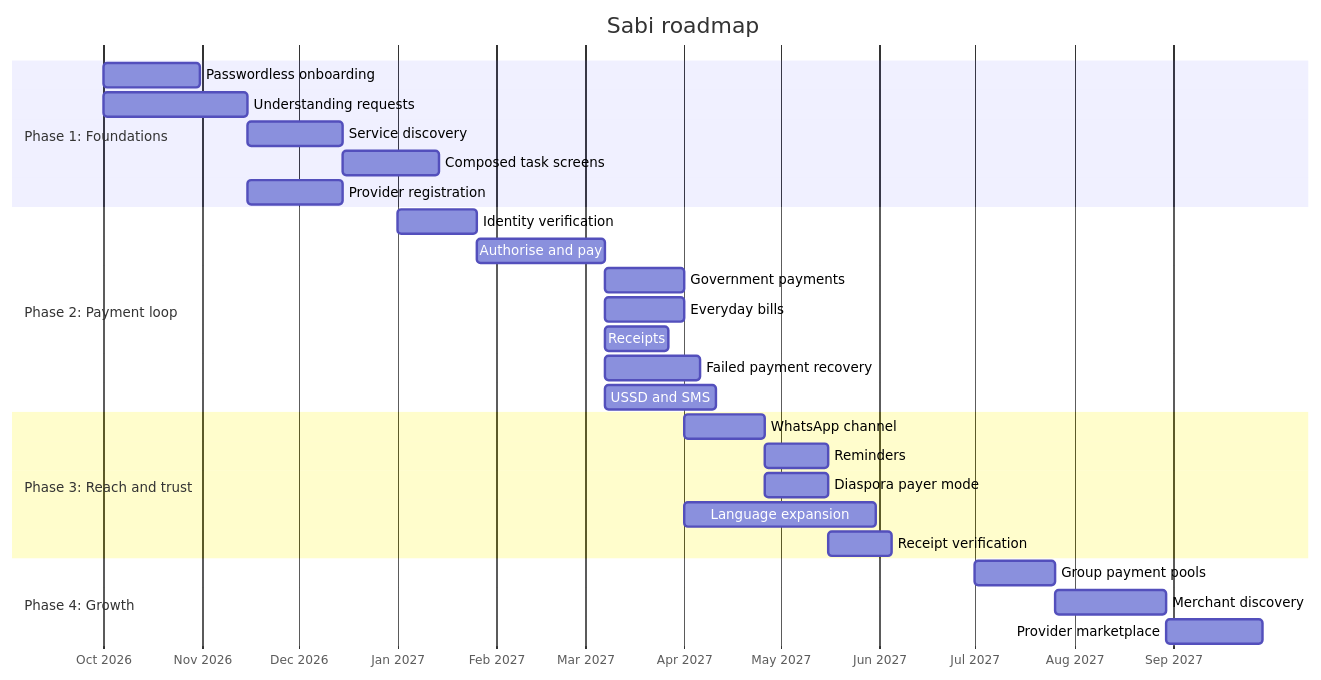
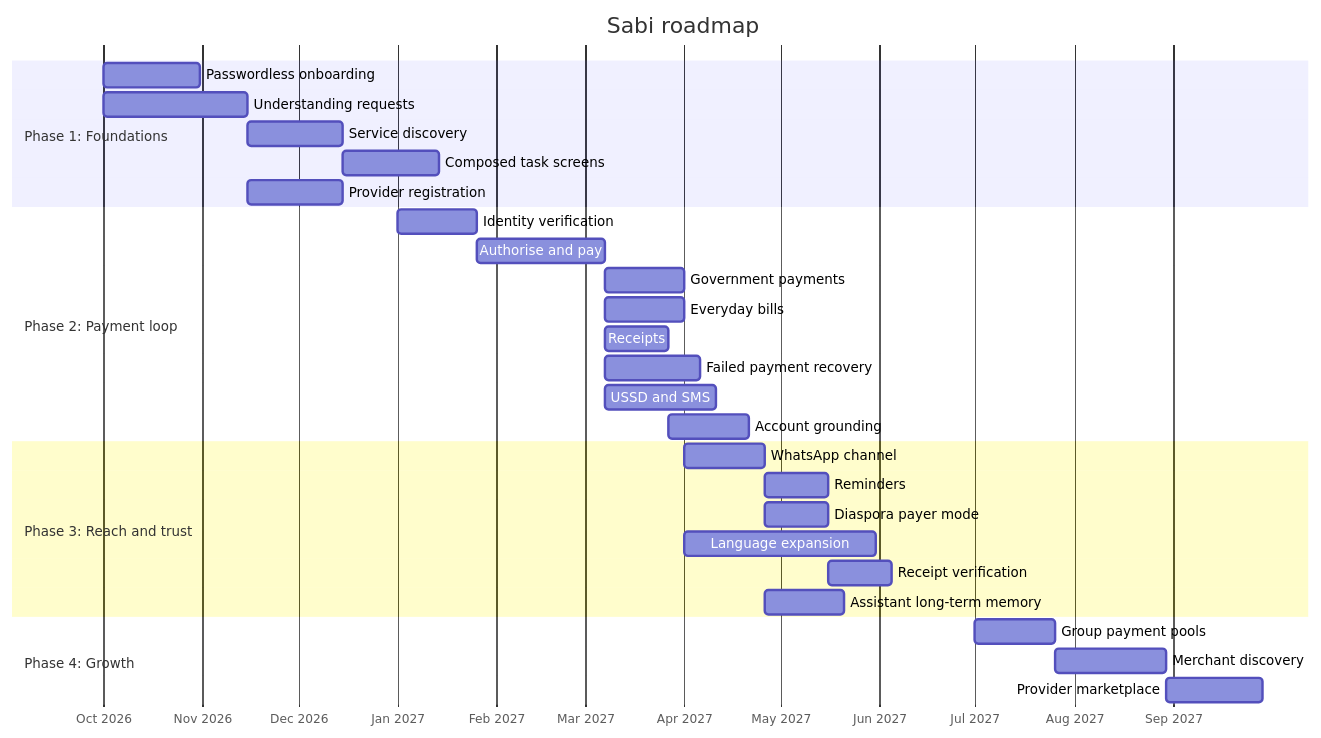
Before and after one commit to vanguard-op/sabi-docs: the diagram in Sabi/roadmap.md, drawn with Mermaid. The commit also changed other lines of this file and 4 other files, not shown here.

First line of the commit message:
feat(sabi): specify assistant account grounding and long-term memory

````diff
--- a/Sabi/roadmap.md
+++ b/Sabi/roadmap.md
@@ -9,30 +9,32 @@
 ```mermaid
 gantt
     title Sabi roadmap
     dateFormat  YYYY-MM-DD
     axisFormat  %b %Y
     section Phase 1: Foundations
     Passwordless onboarding      :f001, 2026-10-01, 30d
     Understanding requests       :f003, 2026-10-01, 45d
     Service discovery            :f004, after f003, 30d
     Composed task screens        :f011, after f004, 30d
     Provider registration        :f012, after f003, 30d
     section Phase 2: Payment loop
     Identity verification        :f002, 2027-01-01, 25d
     Authorise and pay            :f005, after f002, 40d
     Government payments          :f006, after f005, 25d
     Everyday bills               :f007, after f005, 25d
     Receipts                     :f008, after f005, 20d
     Failed payment recovery      :f009, after f005, 30d
     USSD and SMS                 :f010, after f005, 35d
+    Account grounding            :f023, after f008, 25d
     section Phase 3: Reach and trust
     WhatsApp channel             :f013, 2027-04-01, 25d
     Reminders                    :f014, after f013, 20d
     Diaspora payer mode          :f015, after f013, 20d
     Language expansion           :f016, 2027-04-01, 60d
     Receipt verification         :f017, after f014, 20d
+    Assistant long-term memory   :f024, after f013, 25d
     section Phase 4: Growth
     Group payment pools          :f018, 2027-07-01, 25d
     Merchant discovery           :f019, after f018, 35d
     Provider marketplace         :f020, after f019, 30d
 ```
````
